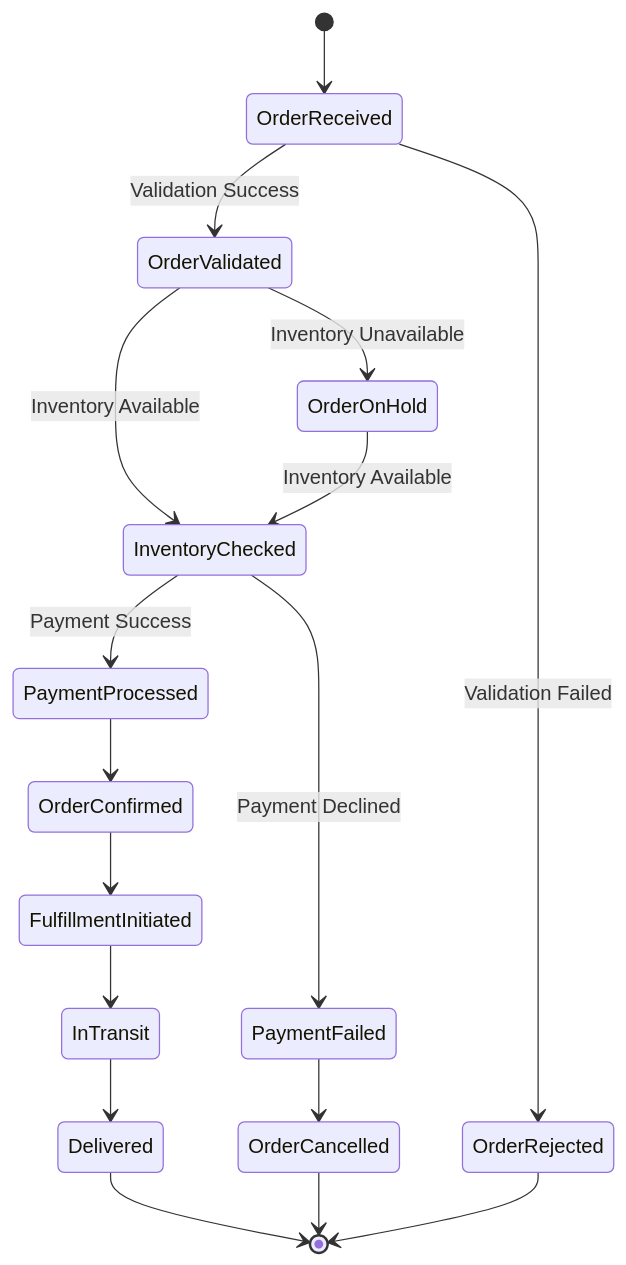
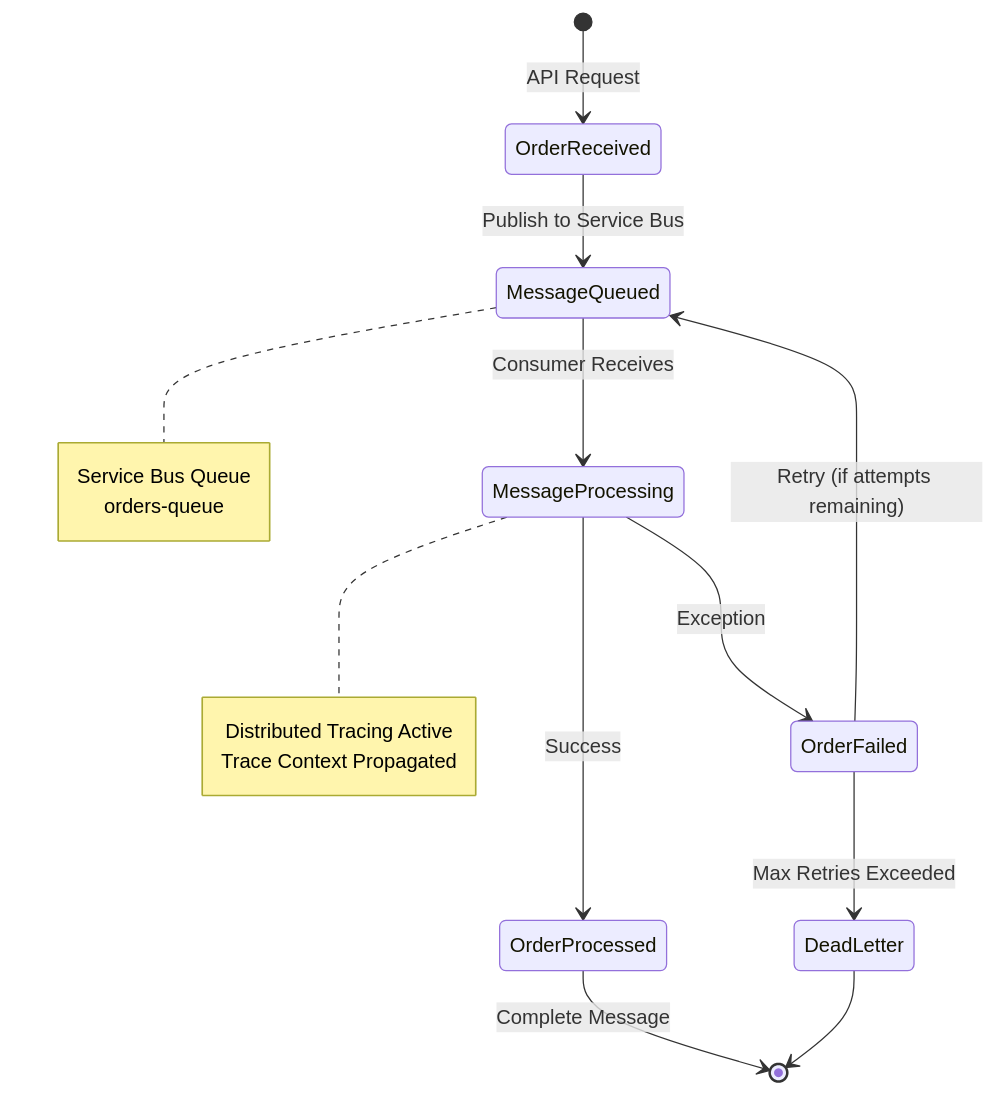
Before and after one commit to Evilazaro/Azure-LogicApps-Monitoring: the eighth of 12 diagrams in bdat.md, drawn with Mermaid. The commit also changed other lines of this file and 1 other file, not shown here.

````diff
--- a/bdat.md
+++ b/bdat.md
@@ -447,25 +427,24 @@
 ```mermaid
 stateDiagram-v2
-    [*] --> OrderReceived
-    OrderReceived --> OrderValidated: Validation Success
-    OrderReceived --> OrderRejected: Validation Failed
+    [*] --> OrderReceived: API Request
+    OrderReceived --> MessageQueued: Publish to Service Bus
+    MessageQueued --> MessageProcessing: Consumer Receives
     
-    OrderValidated --> InventoryChecked: Inventory Available
-    OrderValidated --> OrderOnHold: Inventory Unavailable
+    MessageProcessing --> OrderProcessed: Success
+    MessageProcessing --> OrderFailed: Exception
     
-    InventoryChecked --> PaymentProcessed: Payment Success
-    InventoryChecked --> PaymentFailed: Payment Declined
+    OrderProcessed --> [*]: Complete Message
+    OrderFailed --> MessageQueued: Retry (if attempts remaining)
+    OrderFailed --> DeadLetter: Max Retries Exceeded
+    DeadLetter --> [*]
     
-    PaymentProcessed --> OrderConfirmed
-    OrderConfirmed --> FulfillmentInitiated
+    note right of MessageQueued
+        Service Bus Queue
+        orders-queue
+    end note
     
-    FulfillmentInitiated --> InTransit
-    InTransit --> Delivered
-    
-    Delivered --> [*]
-    OrderRejected --> [*]
-    PaymentFailed --> OrderCancelled
-    OrderCancelled --> [*]
-    
-    OrderOnHold --> InventoryChecked: Inventory Available
+    note right of MessageProcessing
+        Distributed Tracing Active
+        Trace Context Propagated
+    end note
 ```
````
